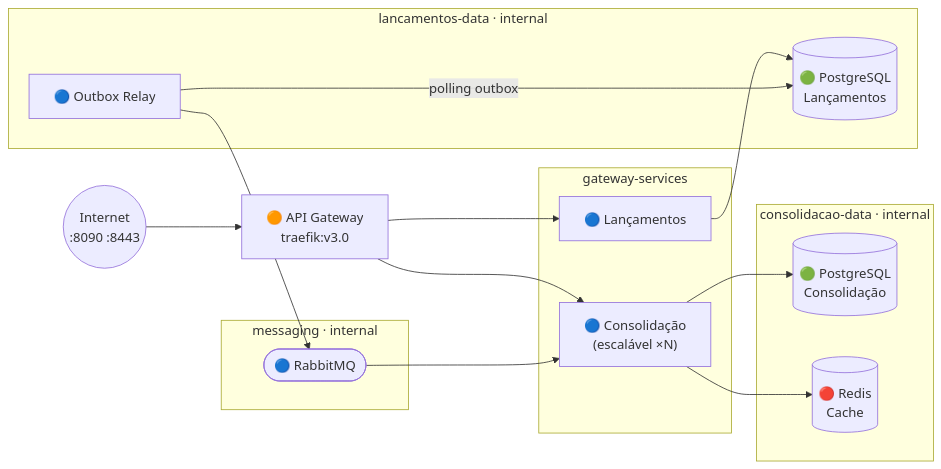
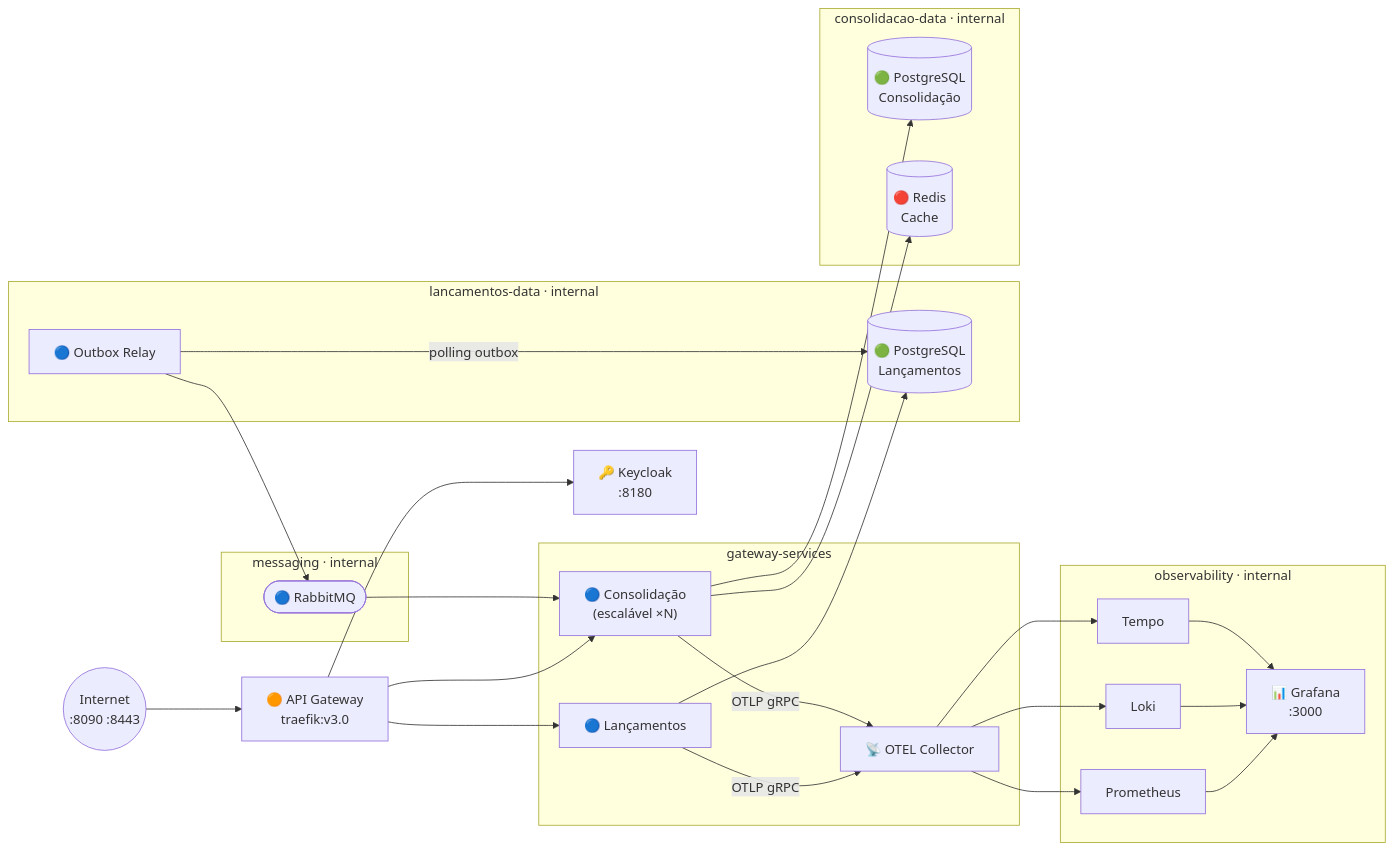
The first of 3 diagrams in docs/infraestrutura/topologia.md (gsperim/account-engine-lab), drawn with Mermaid before and after one commit. The commit also changed other lines of this file and 7 other files, not shown here.

````diff
--- a/docs/infraestrutura/topologia.md
+++ b/docs/infraestrutura/topologia.md
@@ -31,35 +31,49 @@
 ```mermaid
 graph LR
     Internet((Internet\n:8090 :8443))
 
     GW["🟠 API Gateway\ntraefik:v3.0"]
+    KC["🔑 Keycloak\n:8180"]
 
     subgraph svc [gateway-services]
         LA["🔵 Lançamentos"]
         CO["🔵 Consolidação\n(escalável ×N)"]
+        OT["📡 OTEL Collector"]
     end
 
     subgraph ldata [lancamentos-data · internal]
         OR["🔵 Outbox Relay"]
         PL[("🟢 PostgreSQL\nLançamentos")]
     end
 
     subgraph cdata [consolidacao-data · internal]
         PC[("🟢 PostgreSQL\nConsolidação")]
         RE[("🔴 Redis\nCache")]
     end
 
     subgraph msg [messaging · internal]
         RMQ(["🔵 RabbitMQ"])
     end
 
+    subgraph obs [observability · internal]
+        PR["Prometheus"]
+        LK["Loki"]
+        TM["Tempo"]
+        GR["📊 Grafana\n:3000"]
+    end
+
     Internet --> GW
+    GW --> KC
     GW --> LA
     GW --> CO
+    LA -->|"OTLP gRPC"| OT
+    CO -->|"OTLP gRPC"| OT
+    OT --> PR & LK & TM
+    PR & LK & TM --> GR
     LA --> PL
     OR -->|polling outbox| PL
     OR --> RMQ
     RMQ --> CO
     CO --> PC
     CO --> RE
 ```
````
